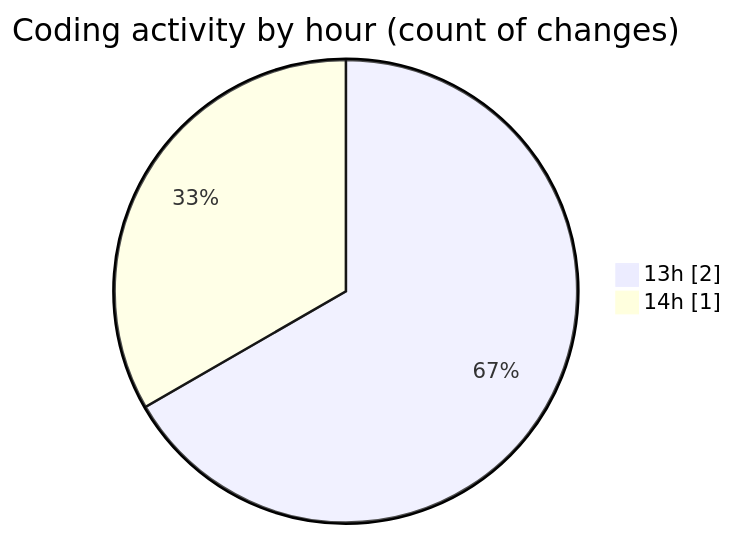
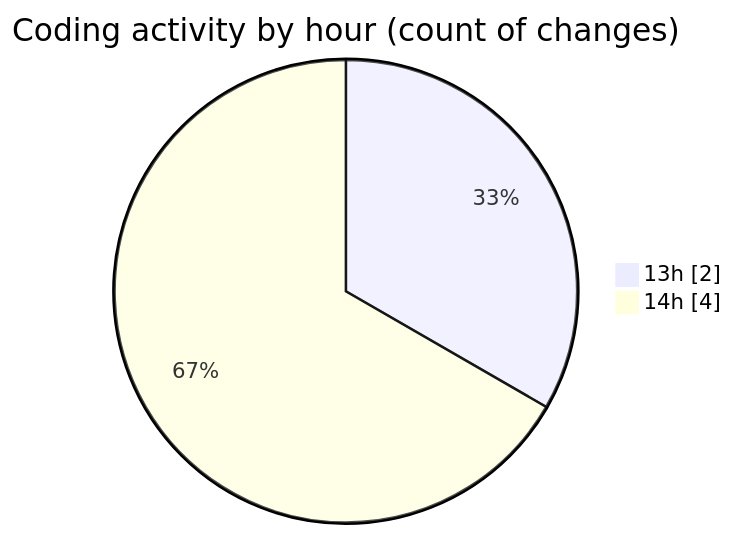
Before and after one commit to LanceThiago/code-tracking: the second of 2 diagrams in 2026-08-28/web/README.md, drawn with Mermaid. The commit also changed other lines of this file and 1 other file, not shown here.

````diff
--- a/2026-08-28/web/README.md
+++ b/2026-08-28/web/README.md
@@ -28,6 +28,6 @@
 ```mermaid
 pie showData
 title Coding activity by hour (count of changes)
 "13h" : 2
-"14h" : 1
+"14h" : 4
 ```
````
